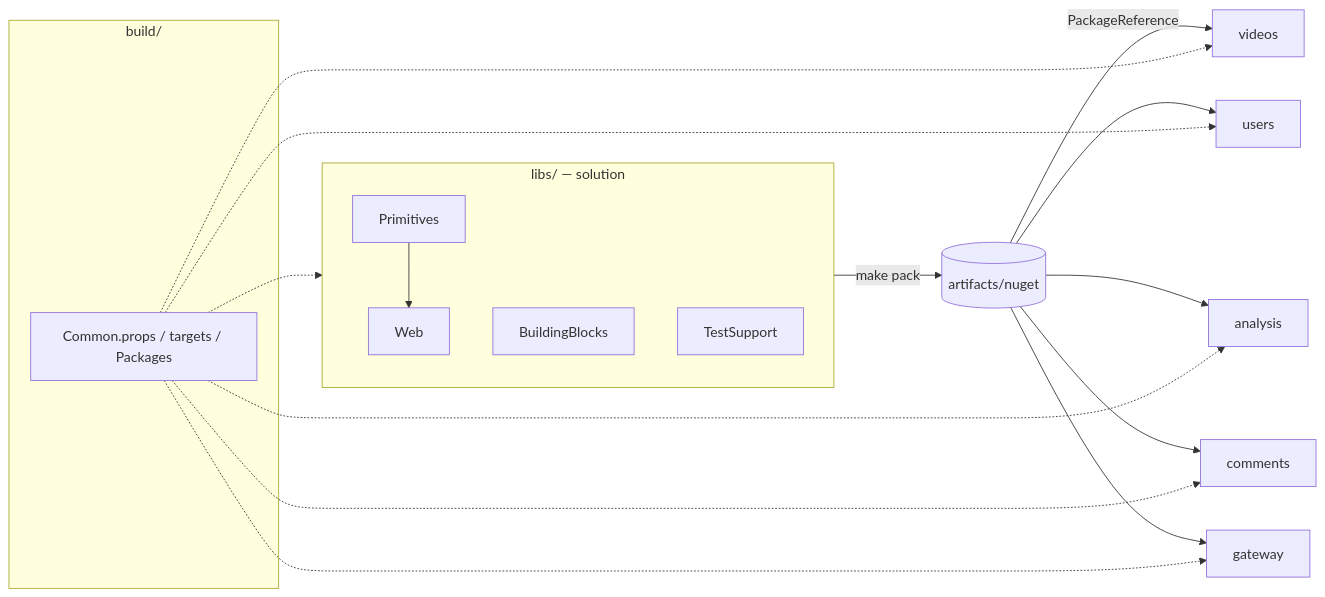
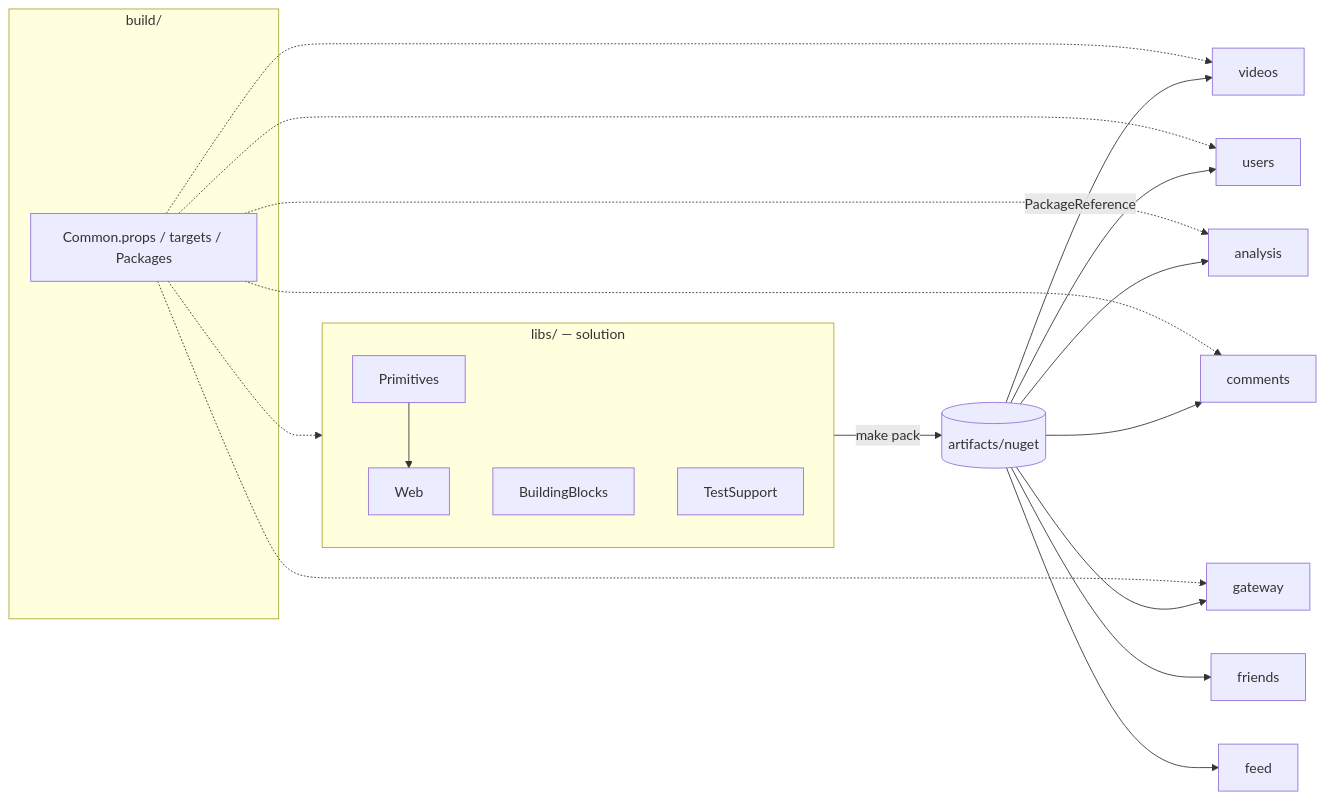
One commit to movchinnikov/Maksov.VideoService changed the diagram in docs/adr/0008-separate-solutions-nuget.md. Above: the diagram before and after it, drawn with Mermaid. The commit also changed other lines of this file and 101 other files, not shown here.

````diff
--- a/docs/adr/0008-separate-solutions-nuget.md
+++ b/docs/adr/0008-separate-solutions-nuget.md
@@ -21,19 +21,21 @@
 ```mermaid
 flowchart LR
   subgraph build[build/]
     C[Common.props / targets / Packages]
   end
   subgraph libs[libs/ — solution]
     P[Primitives] --> W[Web]
     BB[BuildingBlocks]
     TS[TestSupport]
   end
   libs -- make pack --> F[(artifacts/nuget)]
   F -- PackageReference --> S1[videos]
   F --> S2[users]
   F --> S3[analysis]
   F --> S4[comments]
+  F --> S6[friends]
+  F --> S7[feed]
   F --> S5[gateway]
   C -.-> libs
   C -.-> S1 & S2 & S3 & S4 & S5
 ```
````
